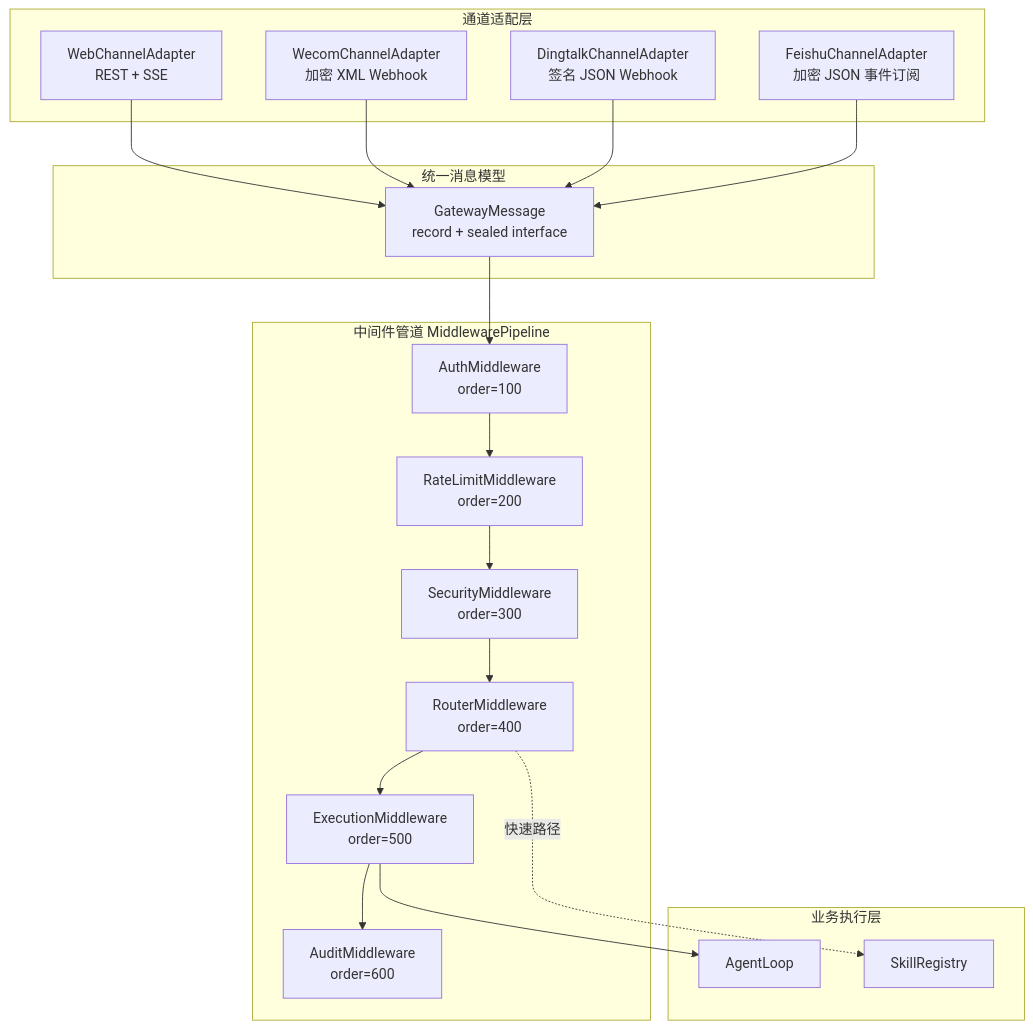
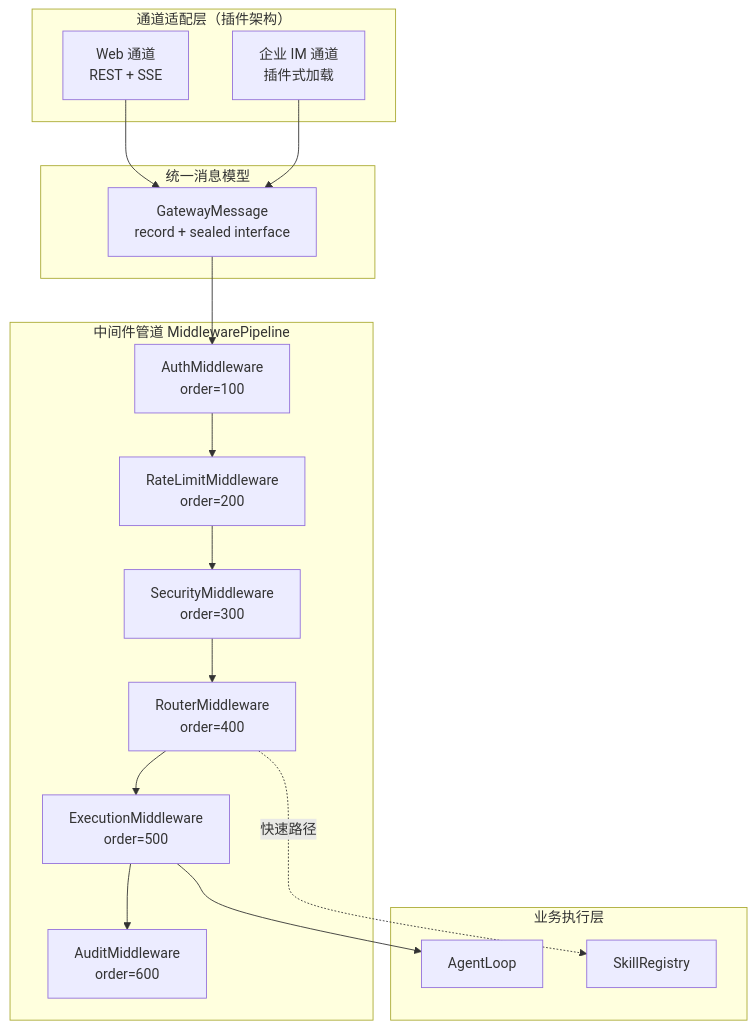
The first of 3 diagrams in docs/architecture/gateway-middleware.md (ntygod/LifePilot), drawn with Mermaid before and after one commit. The commit also changed other lines of this file and 46 other files, not shown here.

````diff
--- a/docs/architecture/gateway-middleware.md
+++ b/docs/architecture/gateway-middleware.md
@@ -24,35 +24,31 @@
 ```mermaid
 flowchart TD
-    subgraph "通道适配层"
-        WEB["WebChannelAdapter<br/>REST + SSE"]
-        WECOM["WecomChannelAdapter<br/>加密 XML Webhook"]
-        DING["DingtalkChannelAdapter<br/>签名 JSON Webhook"]
-        FEISHU["FeishuChannelAdapter<br/>加密 JSON 事件订阅"]
+    subgraph "通道适配层（插件架构）"
+        WEB["Web 通道<br/>REST + SSE"]
+        IM["企业 IM 通道<br/>插件式加载"]
     end
 
     subgraph "统一消息模型"
         GM["GatewayMessage<br/>record + sealed interface"]
     end
 
     subgraph "中间件管道 MiddlewarePipeline"
         AUTH["AuthMiddleware<br/>order=100"]
         RL["RateLimitMiddleware<br/>order=200"]
         SEC["SecurityMiddleware<br/>order=300"]
         ROUTER["RouterMiddleware<br/>order=400"]
         EXEC["ExecutionMiddleware<br/>order=500"]
         AUDIT["AuditMiddleware<br/>order=600"]
     end
 
     subgraph "业务执行层"
         AGENT["AgentLoop"]
         SKILL["SkillRegistry"]
     end
 
     WEB --> GM
-    WECOM --> GM
-    DING --> GM
-    FEISHU --> GM
+    IM --> GM
     GM --> AUTH --> RL --> SEC --> ROUTER --> EXEC --> AUDIT
     EXEC --> AGENT
     ROUTER -.->|"快速路径"| SKILL
 ```
````
